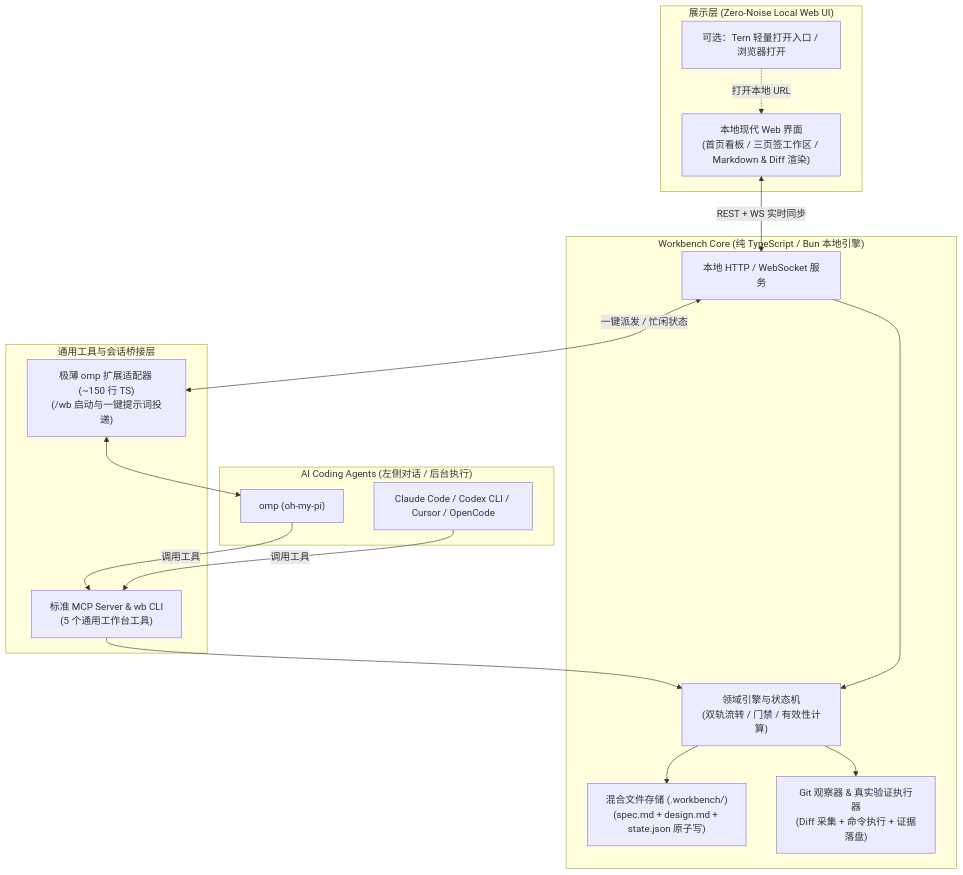
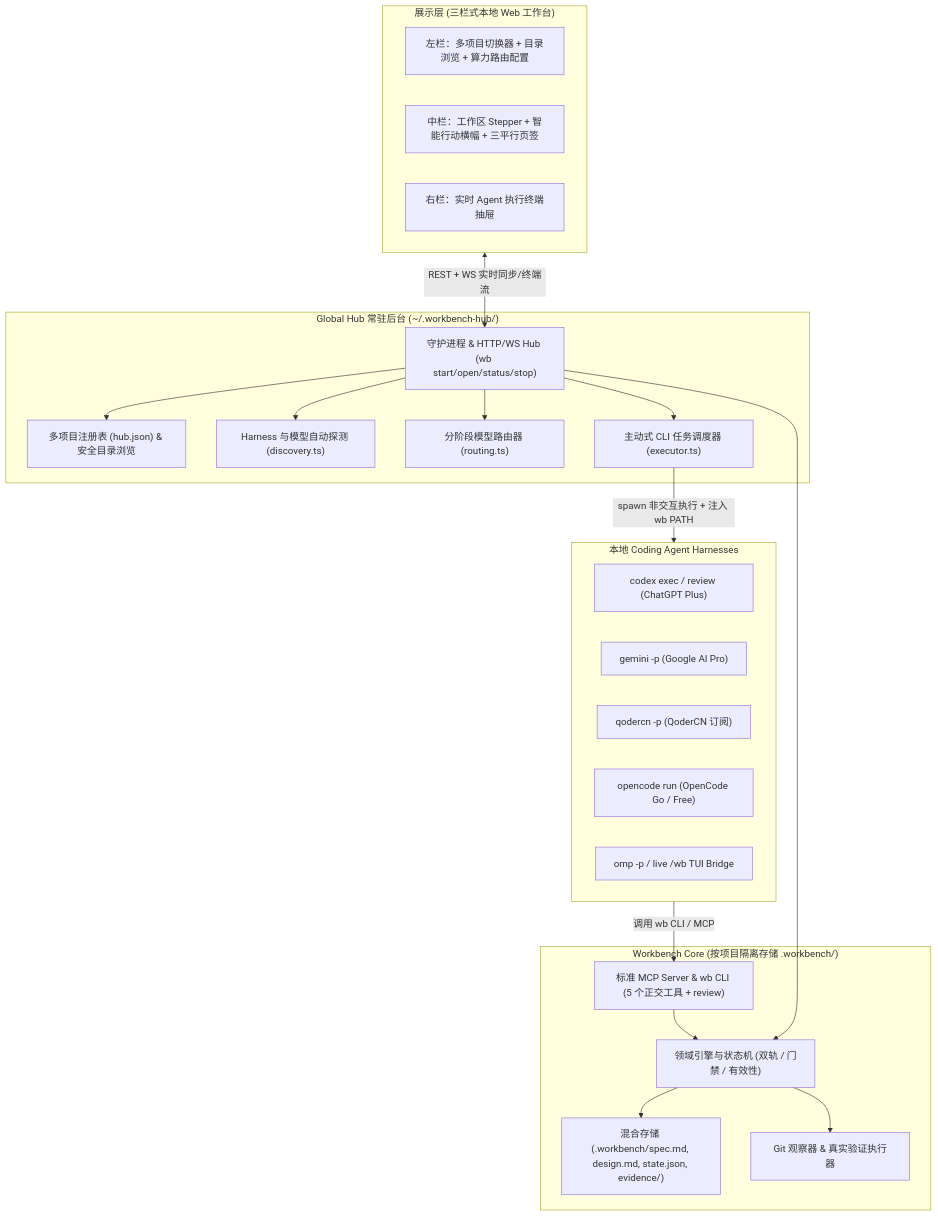
The diagram in docs/DESIGN.md (Jackie733/workbench), drawn with Mermaid before and after one commit. The commit also changed other lines of this file and 40 other files, not shown here.

First line of the commit message:
feat(web): migrate UI to React 19 and enhance agent execution

````diff
--- a/docs/DESIGN.md
+++ b/docs/DESIGN.md
@@ -42,35 +41,43 @@
 ```mermaid
 flowchart TD
-    subgraph Agents["AI Coding Agents (左侧对话 / 后台执行)"]
-        OMP["omp (oh-my-pi)"]
-        Others["Claude Code / Codex CLI / Cursor / OpenCode"]
+    subgraph UI["展示层 (三栏式本地 Web 工作台)"]
+        Sidebar["左栏：多项目切换器 + 目录浏览 + 算力路由配置"]
+        MainStage["中栏：工作区 Stepper + 智能行动横幅 + 三平行页签"]
+        Console["右栏：实时 Agent 执行终端抽屉"]
     end
 
-    subgraph Bridge["通用工具与会话桥接层"]
-        MCP["标准 MCP Server & wb CLI\n(5 个通用工作台工具)"]
-        Adapter["极薄 omp 扩展适配器 (~150 行 TS)\n(/wb 启动与一键提示词投递)"]
+    subgraph Hub["Global Hub 常驻后台 (~/.workbench-hub/)"]
+        Daemon["守护进程 & HTTP/WS Hub (wb start/open/status/stop)"]
+        Registry["多项目注册表 (hub.json) & 安全目录浏览"]
+        Discovery["Harness 与模型自动探测 (discovery.ts)"]
+        Router["分阶段模型路由器 (routing.ts)"]
+        Executor["主动式 CLI 任务调度器 (executor.ts)"]
     end
 
-    subgraph Core["Workbench Core (纯 TypeScript / Bun 本地引擎)"]
-        Domain["领域引擎与状态机\n(双轨流转 / 门禁 / 有效性计算)"]
-        Store["混合文件存储 (.workbench/)\n(spec.md + design.md + state.json 原子写)"]
-        GitExec["Git 观察器 & 真实验证执行器\n(Diff 采集 + 命令执行 + 证据落盘)"]
-        Server["本地 HTTP / WebSocket 服务"]
+    subgraph Harnesses["本地 Coding Agent Harnesses"]
+        Codex["codex exec / review (ChatGPT Plus)"]
+        Gemini["gemini -p (Google AI Pro)"]
+        Qoder["qodercn -p (QoderCN 订阅)"]
+        OpenCode["opencode run (OpenCode Go / Free)"]
+        OMP["omp -p / live /wb TUI Bridge"]
     end
 
-    subgraph UI["展示层 (Zero-Noise Local Web UI)"]
-        Web["本地现代 Web 界面\n(首页看板 / 三页签工作区 / Markdown & Diff 渲染)"]
-        TernLink["可选：Tern 轻量打开入口 / 浏览器打开"]
+    subgraph Core["Workbench Core (按项目隔离存储 .workbench/)"]
+        Domain["领域引擎与状态机 (双轨 / 门禁 / 有效性)"]
+        Store["混合存储 (.workbench/spec.md, design.md, state.json, evidence/)"]
+        GitExec["Git 观察器 & 真实验证执行器"]
+        MCP["标准 MCP Server & wb CLI (5 个正交工具 + review)"]
     end
 
-    OMP -->|"调用工具"| MCP
-    Others -->|"调用工具"| MCP
+    UI <-->|"REST + WS 实时同步/终端流"| Daemon
+    Daemon --> Registry
+    Daemon --> Discovery
+    Daemon --> Router
+    Daemon --> Executor
+    Executor -->|"spawn 非交互执行 + 注入 wb PATH"| Harnesses
+    Harnesses -->|"调用 wb CLI / MCP"| MCP
     MCP --> Domain
-    Server <-->|"一键派发 / 忙闲状态"| Adapter
-    Adapter <--> OMP
+    Daemon --> Domain
     Domain --> Store
     Domain --> GitExec
-    Server --> Domain
-    Web <-->|"REST + WS 实时同步"| Server
-    TernLink -.->|"打开本地 URL"| Web
 ```
````
